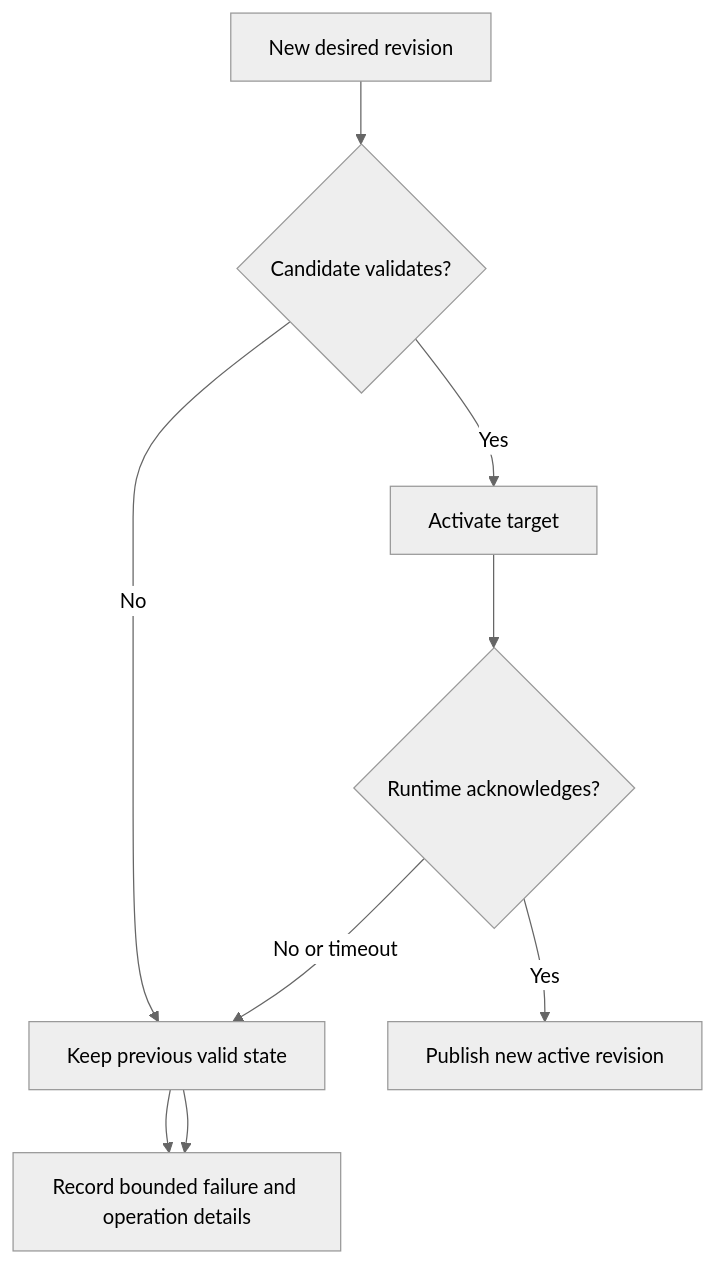
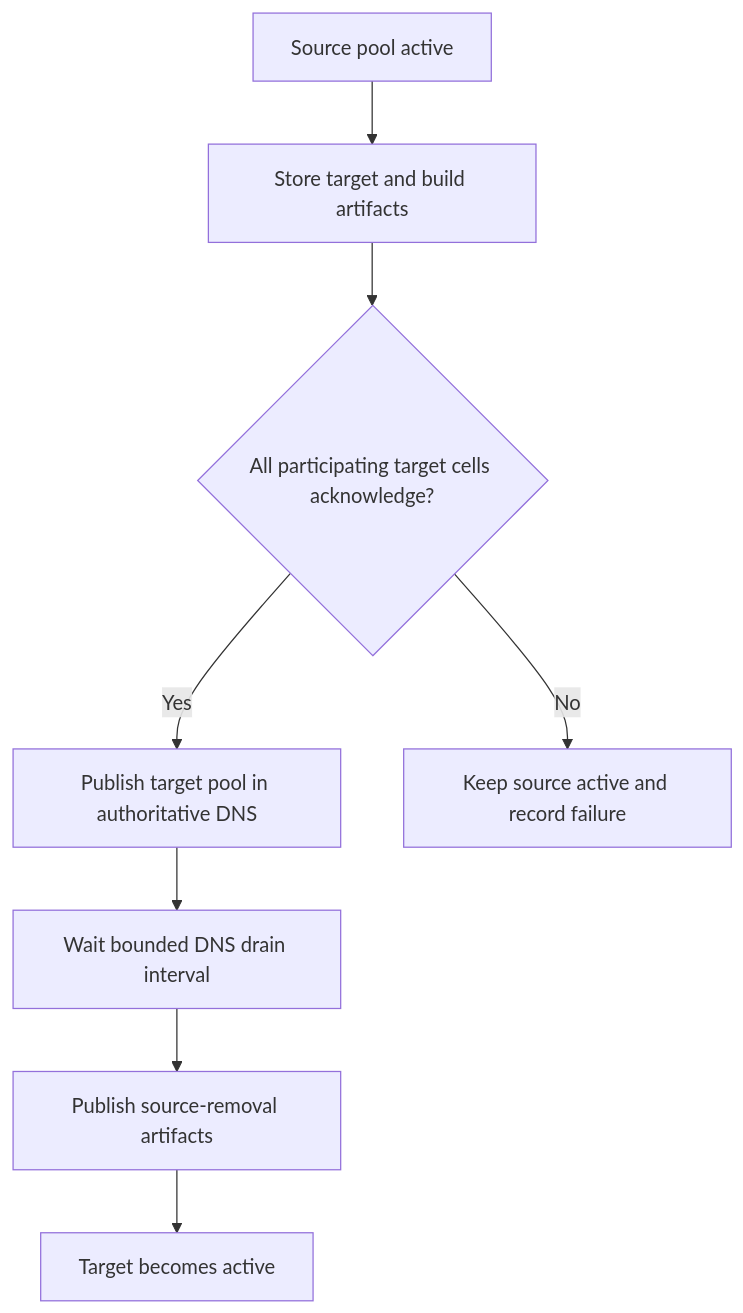
The seventh of 7 diagrams in docs/architecture.md (vaheed/CDNFoundry), drawn with Mermaid before and after one commit. The commit also changed other lines of this file and 25 other files, not shown here.

````diff
--- a/docs/architecture.md
+++ b/docs/architecture.md
@@ -182,17 +289,15 @@
 ```mermaid
-%%{init: {"flowchart": {"useMaxWidth": true, "htmlLabels": true}, "theme": "neutral"}}%%
 flowchart TB
-    N[New desired revision]
-    V{Candidate validates?}
-    T[Activate target]
-    A{Runtime acknowledges?}
-    K[Keep previous valid state]
-    P[Publish new active revision]
-    F[Record bounded failure and operation details]
+    S[Source pool active]
+    T[Store target and build artifacts]
+    ACK{All participating target cells acknowledge?}
+    DNS[Publish target pool in authoritative DNS]
+    WAIT[Wait bounded DNS drain interval]
+    REMOVE[Publish source-removal artifacts]
+    DONE[Target becomes active]
+    KEEP[Keep source active and record failure]
 
-    N --> V
-    V -->|No| K --> F
-    V -->|Yes| T --> A
-    A -->|No or timeout| K --> F
-    A -->|Yes| P
+    S --> T --> ACK
+    ACK -->|No| KEEP
+    ACK -->|Yes| DNS --> WAIT --> REMOVE --> DONE
 ```
````
